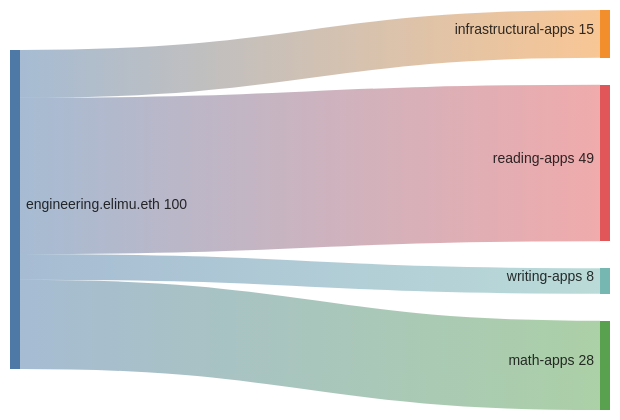
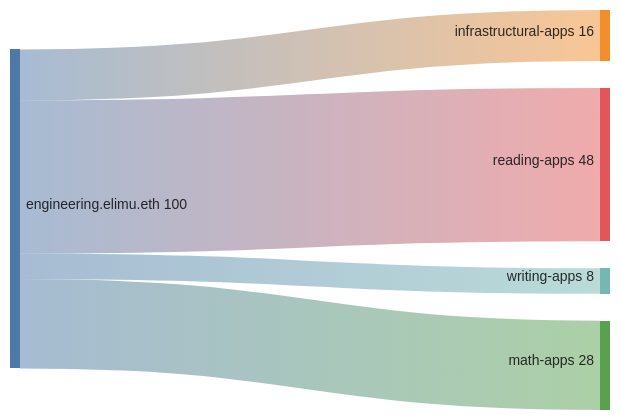
One commit to elimu-ai/web3-wiki changed the second of 3 diagrams in DRIP_LIST_FUNDING_SPLITS.md. Above: the diagram before and after it, drawn with Mermaid.

Commit message:
Update DRIP_LIST_FUNDING_SPLITS.md
#66

````diff
--- a/DRIP_LIST_FUNDING_SPLITS.md
+++ b/DRIP_LIST_FUNDING_SPLITS.md
@@ -52,9 +52,9 @@
 ```mermaid
 sankey-beta
 
 %% source,target,value
-engineering.elimu.eth,infrastructural-apps,15
-engineering.elimu.eth,reading-apps,49
+engineering.elimu.eth,infrastructural-apps,16
+engineering.elimu.eth,reading-apps,48
 engineering.elimu.eth,writing-apps,8
 engineering.elimu.eth,math-apps,28
 ```
````
